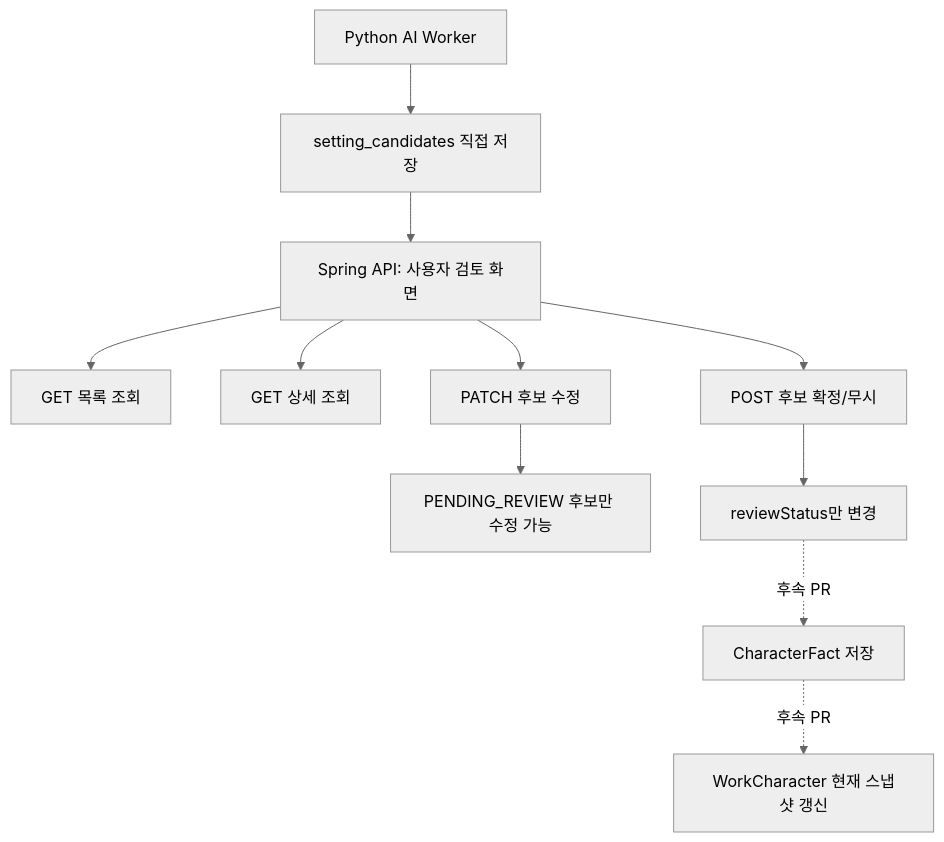
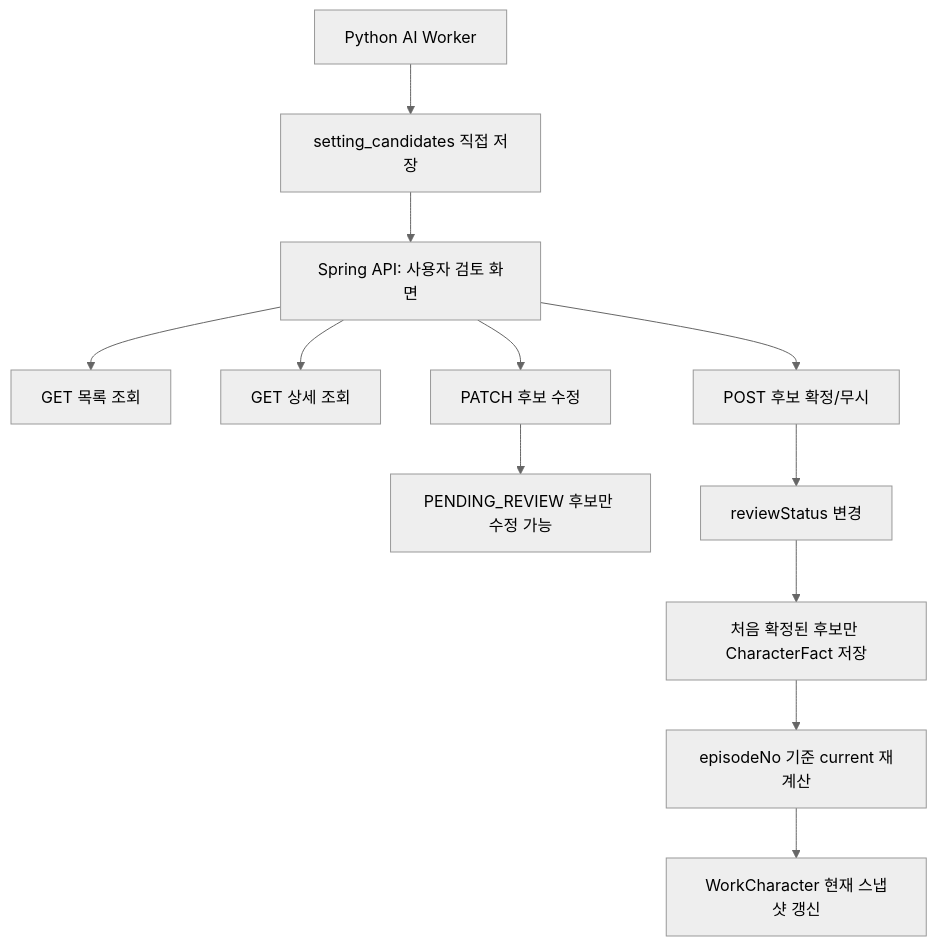
Before and after one commit to catchhole-soma/catchhole-backend-java: the first of 7 diagrams in docs/character.md, drawn with Mermaid (neutral theme). The commit also changed other lines of this file and 1 other file, not shown here.

First line of the commit message:
docs(character): 확정 후보 반영 정책 문서화

````diff
--- a/docs/character.md
+++ b/docs/character.md
@@ -230,16 +249,16 @@
 ```mermaid
 flowchart TD
     A["Python AI Worker"] --> B["setting_candidates 직접 저장"]
     B --> C["Spring API: 사용자 검토 화면"]
 
     C --> D["GET 목록 조회"]
     C --> E["GET 상세 조회"]
     C --> F["PATCH 후보 수정"]
     C --> G["POST 후보 확정/무시"]
 
     F --> H["PENDING_REVIEW 후보만 수정 가능"]
-    G --> I["reviewStatus만 변경"]
-
-    I -. "후속 PR" .-> J["CharacterFact 저장"]
-    J -. "후속 PR" .-> K["WorkCharacter 현재 스냅샷 갱신"]
+    G --> I["reviewStatus 변경"]
+    I --> J["처음 확정된 후보만 CharacterFact 저장"]
+    J --> K["episodeNo 기준 current 재계산"]
+    K --> L["WorkCharacter 현재 스냅샷 갱신"]
 ```
````
